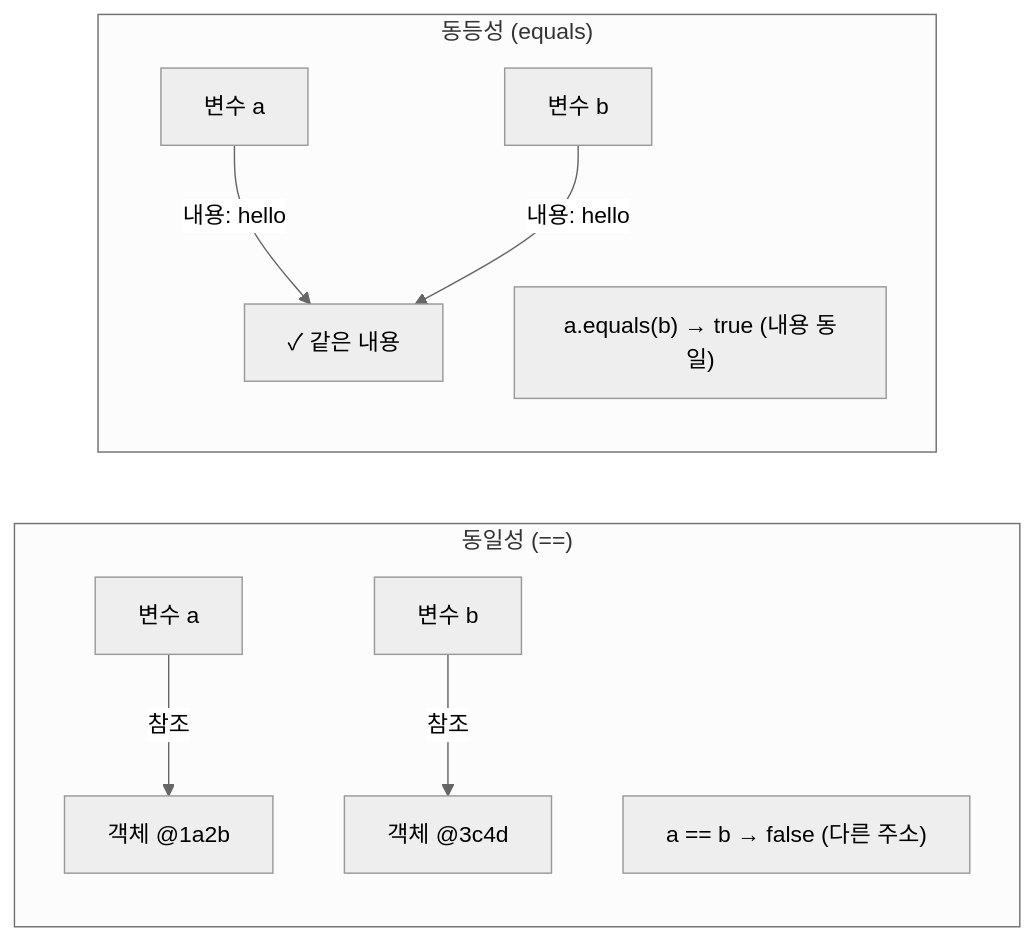
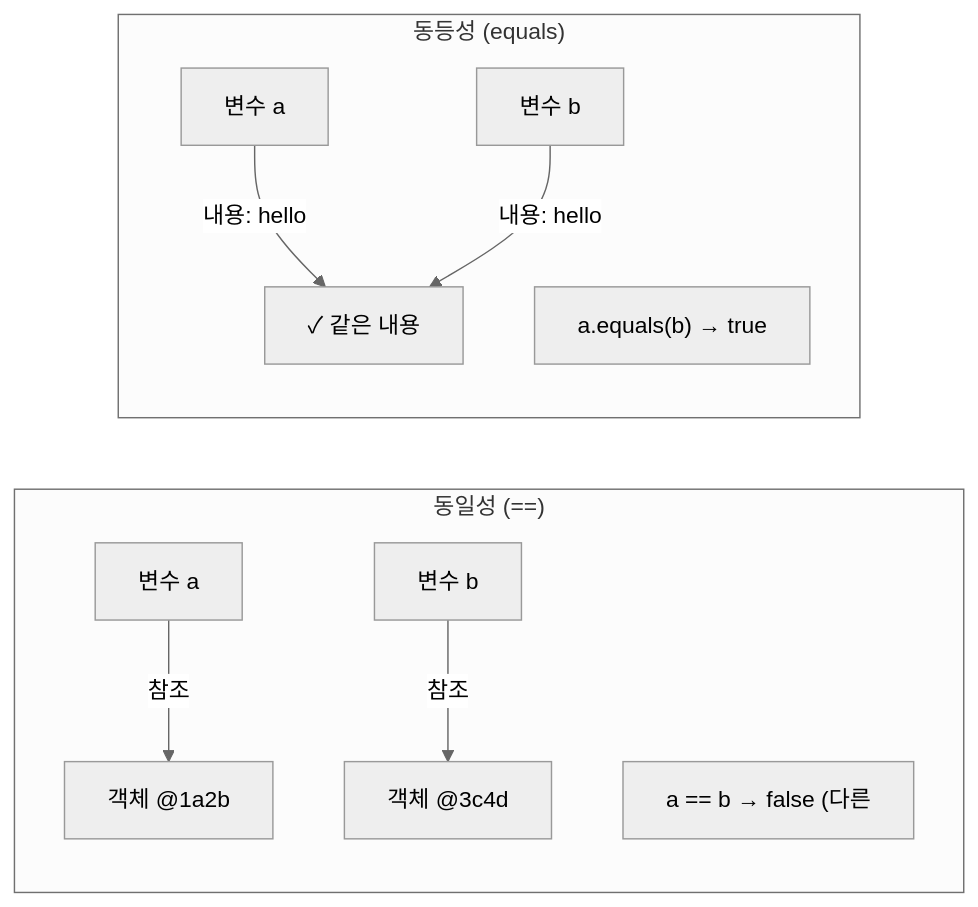
The second of 6 diagrams in _posts/java/2026-05-01-java-object-class.md (yjkim2015/yjkim2015.github.io), drawn with Mermaid (neutral theme) before and after one commit. The commit also changed other lines of this file and 271 other files, not shown here.

First line of the commit message:
Mermaid 라벨 축소: 긴 노드 텍스트 18자 이하로 트림 + \n 제거

````diff
--- a/_posts/java/2026-05-01-java-object-class.md
+++ b/_posts/java/2026-05-01-java-object-class.md
@@ -155,13 +155,13 @@
 ```mermaid
 graph LR
     subgraph "동일성 (==)"
         A1["변수 a"] -->|"참조"| O1["객체 @1a2b"]
         B1["변수 b"] -->|"참조"| O2["객체 @3c4d"]
-        R1["a == b → false (다른 주소)"]
+        R1["a == b → false (다른"]
     end
     subgraph "동등성 (equals)"
         A2["변수 a"] -->|"내용: hello"| C1["✓ 같은 내용"]
         B2["변수 b"] -->|"내용: hello"| C1
-        R2["a.equals(b) → true (내용 동일)"]
+        R2["a.equals(b) → true"]
     end
 ```
````
